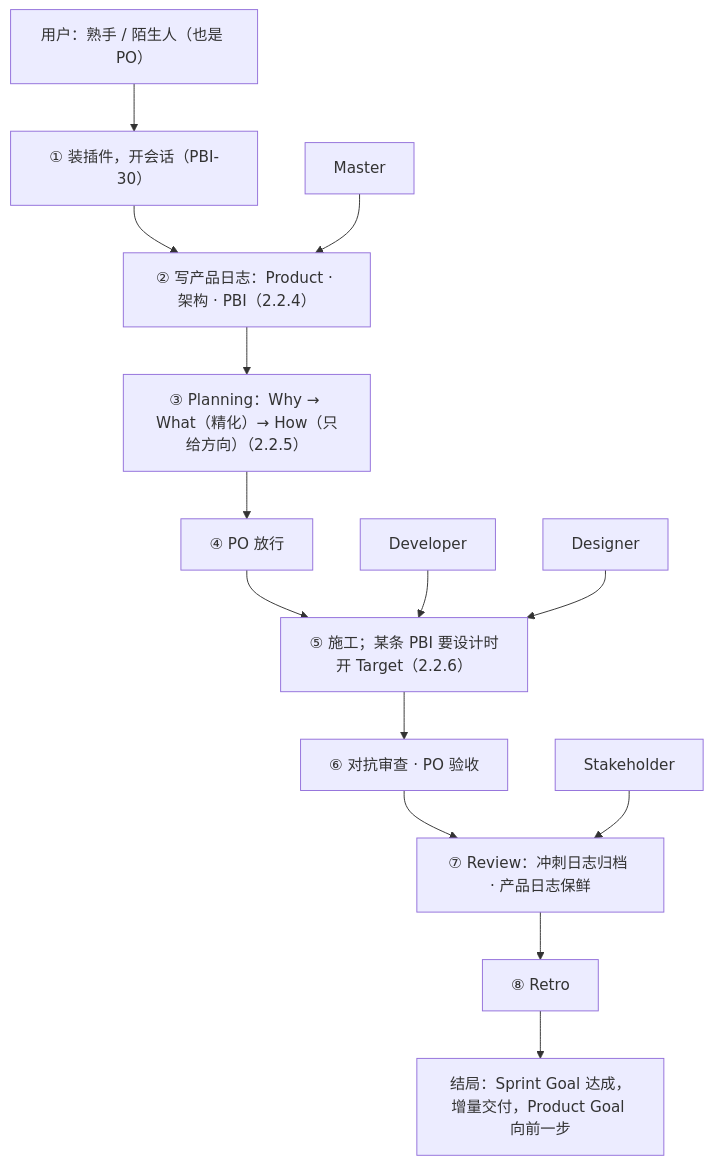
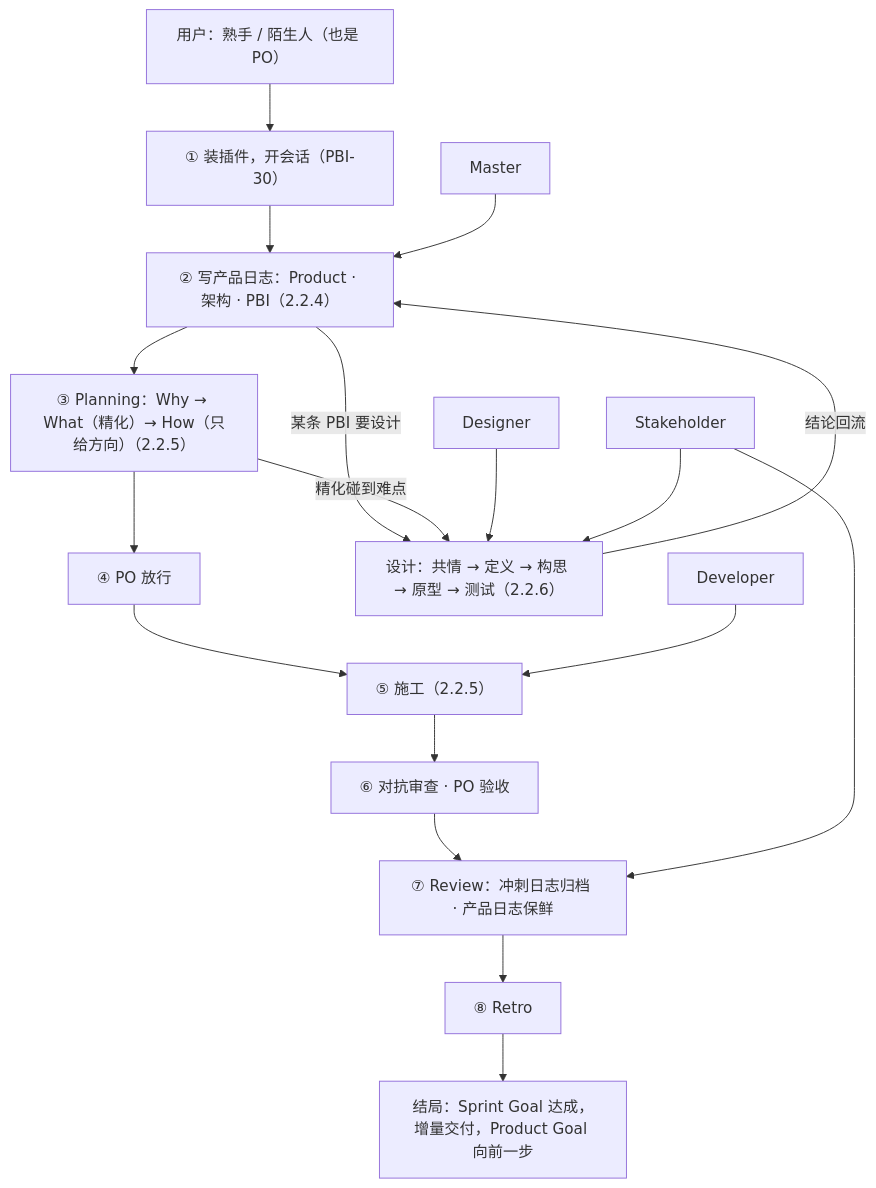
The first of 3 diagrams in scrum/ProductBacklog.md (seapawn1/IDEO-Scrum), drawn with Mermaid before and after one commit. The commit also changed other lines of this file and 1 other file, not shown here.

````diff
--- a/scrum/ProductBacklog.md
+++ b/scrum/ProductBacklog.md
@@ -60,21 +60,25 @@
 ```mermaid
 flowchart TD
     U["用户：熟手 / 陌生人（也是 PO）"]
     M["Master"]
     D["Developer"]
     G["Designer"]
     S["Stakeholder"]
     U --> A["① 装插件，开会话（PBI-30）"]
     A --> B["② 写产品日志：Product · 架构 · PBI（2.2.4）"]
     M --> B
     B --> C["③ Planning：Why → What（精化）→ How（只给方向）（2.2.5）"]
+    B -- "某条 PBI 要设计" --> X["设计：共情 → 定义 → 构思 → 原型 → 测试（2.2.6）"]
+    C -- "精化碰到难点" --> X
+    G --> X
+    S --> X
+    X -- "结论回流" --> B
     C --> P["④ PO 放行"]
-    P --> W["⑤ 施工；某条 PBI 要设计时开 Target（2.2.6）"]
+    P --> W["⑤ 施工（2.2.5）"]
     D --> W
-    G --> W
     W --> R["⑥ 对抗审查 · PO 验收"]
     R --> V["⑦ Review：冲刺日志归档 · 产品日志保鲜"]
     S --> V
     V --> T["⑧ Retro"]
     T --> E["结局：Sprint Goal 达成，增量交付，Product Goal 向前一步"]
 ```
````
